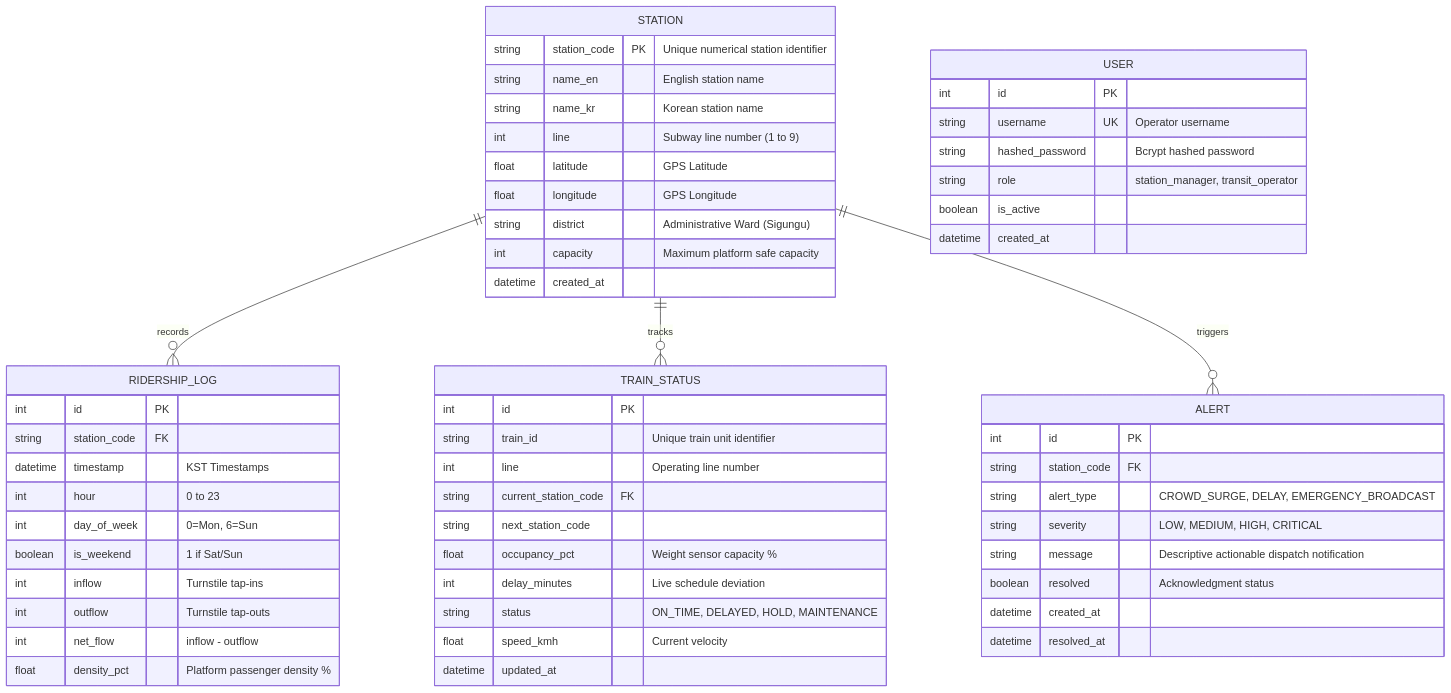
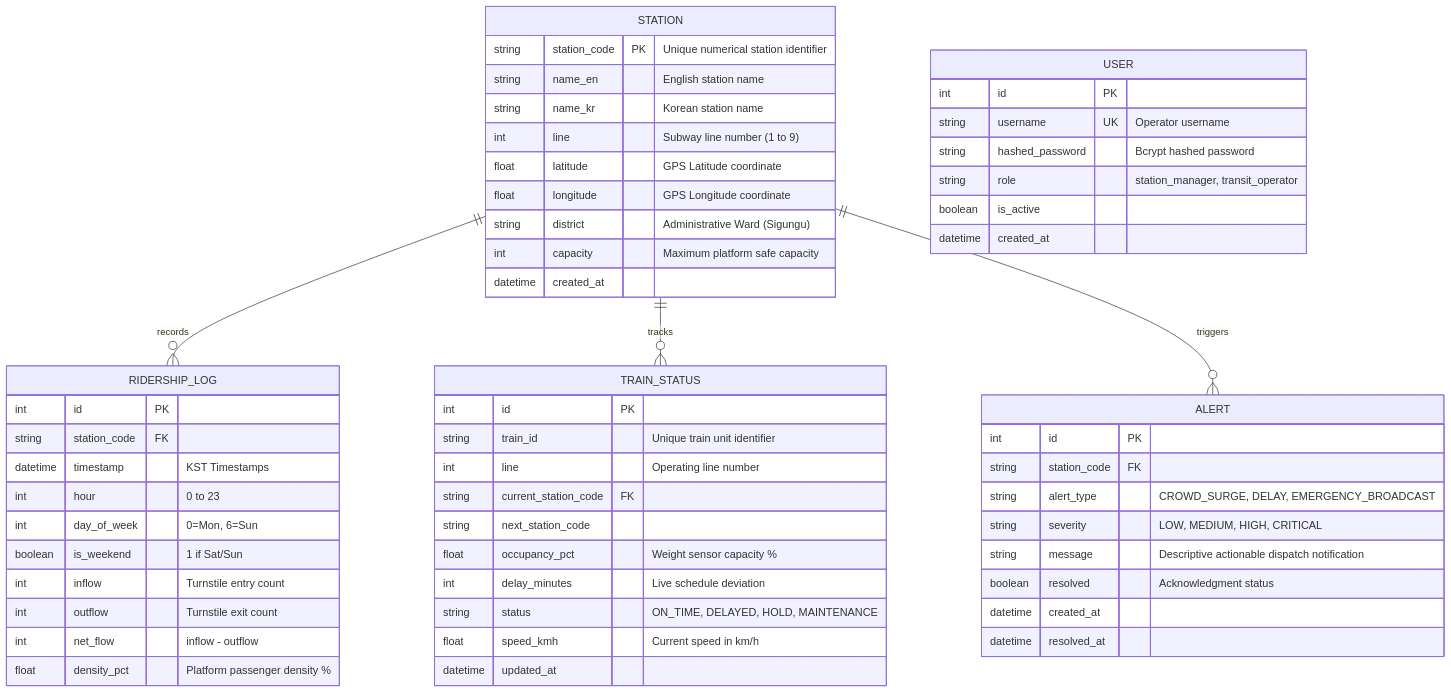
The second of 3 diagrams in README.md (springboardmentor443m-coder/Predictive-Public-Transit-Intelligence-Platform-for-Crowd-Management-and-Schedule-Optimization), drawn with Mermaid before and after one commit. The commit also changed other lines of this file and 27 other files, not shown here.

````diff
--- a/README.md
+++ b/README.md
@@ -88,64 +81,64 @@
 ```mermaid
 erDiagram
     STATION ||--o{ RIDERSHIP_LOG : records
     STATION ||--o{ TRAIN_STATUS : tracks
     STATION ||--o{ ALERT : triggers
     
     STATION {
         string station_code PK "Unique numerical station identifier"
         string name_en "English station name"
         string name_kr "Korean station name"
         int line "Subway line number (1 to 9)"
-        float latitude "GPS Latitude"
-        float longitude "GPS Longitude"
+        float latitude "GPS Latitude coordinate"
+        float longitude "GPS Longitude coordinate"
         string district "Administrative Ward (Sigungu)"
         int capacity "Maximum platform safe capacity"
         datetime created_at
     }
 
     RIDERSHIP_LOG {
         int id PK
         string station_code FK
         datetime timestamp "KST Timestamps"
         int hour "0 to 23"
         int day_of_week "0=Mon, 6=Sun"
         boolean is_weekend "1 if Sat/Sun"
-        int inflow "Turnstile tap-ins"
-        int outflow "Turnstile tap-outs"
+        int inflow "Turnstile entry count"
+        int outflow "Turnstile exit count"
         int net_flow "inflow - outflow"
         float density_pct "Platform passenger density %"
     }
 
     TRAIN_STATUS {
         int id PK
         string train_id "Unique train unit identifier"
         int line "Operating line number"
         string current_station_code FK
         string next_station_code
         float occupancy_pct "Weight sensor capacity %"
         int delay_minutes "Live schedule deviation"
         string status "ON_TIME, DELAYED, HOLD, MAINTENANCE"
-        float speed_kmh "Current velocity"
+        float speed_kmh "Current speed in km/h"
         datetime updated_at
     }
 
     ALERT {
         int id PK
         string station_code FK
         string alert_type "CROWD_SURGE, DELAY, EMERGENCY_BROADCAST"
         string severity "LOW, MEDIUM, HIGH, CRITICAL"
         string message "Descriptive actionable dispatch notification"
         boolean resolved "Acknowledgment status"
         datetime created_at
         datetime resolved_at
     }
 
     USER {
         int id PK
         string username UK "Operator username"
         string hashed_password "Bcrypt hashed password"
         string role "station_manager, transit_operator"
         boolean is_active
         datetime created_at
     }
 ```
````
